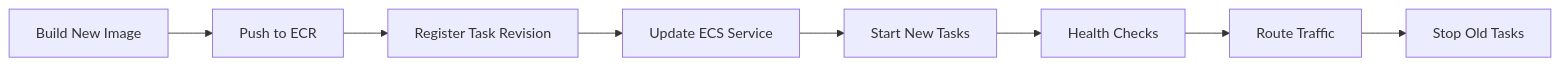
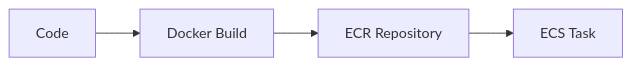
The sixth of 9 diagrams in src/content/devops/aws-core-services.md (AvadhBhalodiya/Interview-Preparation), drawn with Mermaid before and after one commit. The commit also changed other lines of this file and 54 other files, not shown here.

````diff
--- a/src/content/devops/aws-core-services.md
+++ b/src/content/devops/aws-core-services.md
@@ -1054,10 +302,6 @@
 ```mermaid
 flowchart LR
-    Build[Build New Image] --> Push[Push to ECR]
-    Push --> Register[Register Task Revision]
-    Register --> Update[Update ECS Service]
-    Update --> NewTasks[Start New Tasks]
-    NewTasks --> Health[Health Checks]
-    Health --> Shift[Route Traffic]
-    Shift --> StopOld[Stop Old Tasks]
+    Code --> Build[Docker Build]
+    Build --> ECR[ECR Repository]
+    ECR --> ECS[ECS Task]
 ```
````
